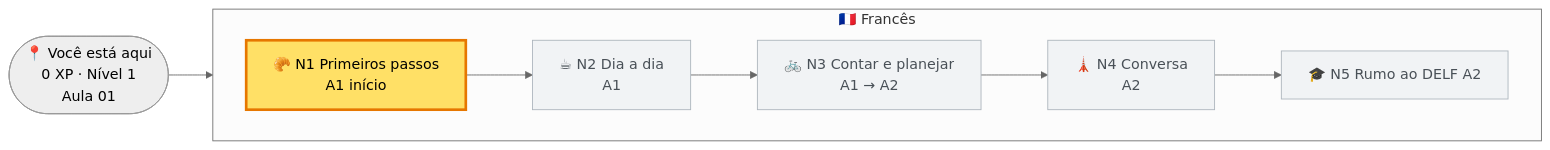
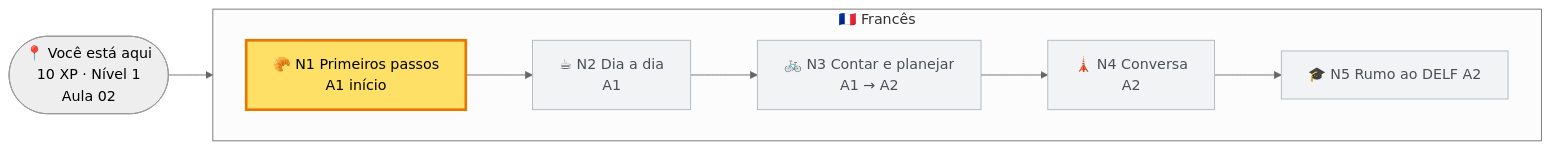
The first of 2 diagrams in README.md (tcandreetti/frances), drawn with Mermaid (neutral theme) before and after one commit. The commit also changed other lines of this file and 7 other files, not shown here.

````diff
--- a/README.md
+++ b/README.md
@@ -23,16 +23,16 @@
 ```mermaid
 flowchart LR
-  EU(["📍 Você está aqui<br/>0 XP · Nível 1<br/>Aula 01"])
+  EU(["📍 Você está aqui<br/>10 XP · Nível 1<br/>Aula 02"])
 
   subgraph FR["🇫🇷 Francês"]
     direction LR
     N1["🥐 N1 Primeiros passos<br/>A1 início"] --> N2["☕ N2 Dia a dia<br/>A1"] --> N3["🚲 N3 Contar e planejar<br/>A1 → A2"] --> N4["🗼 N4 Conversa<br/>A2"] --> N5["🎓 N5 Rumo ao DELF A2"]
   end
 
   EU --> N1
 
   classDef atual fill:#ffe066,stroke:#e67700,stroke-width:3px,color:#000
   classDef futuro fill:#f1f3f5,stroke:#adb5bd,color:#495057
   class N1 atual
   class N2,N3,N4,N5 futuro
 ```
````
